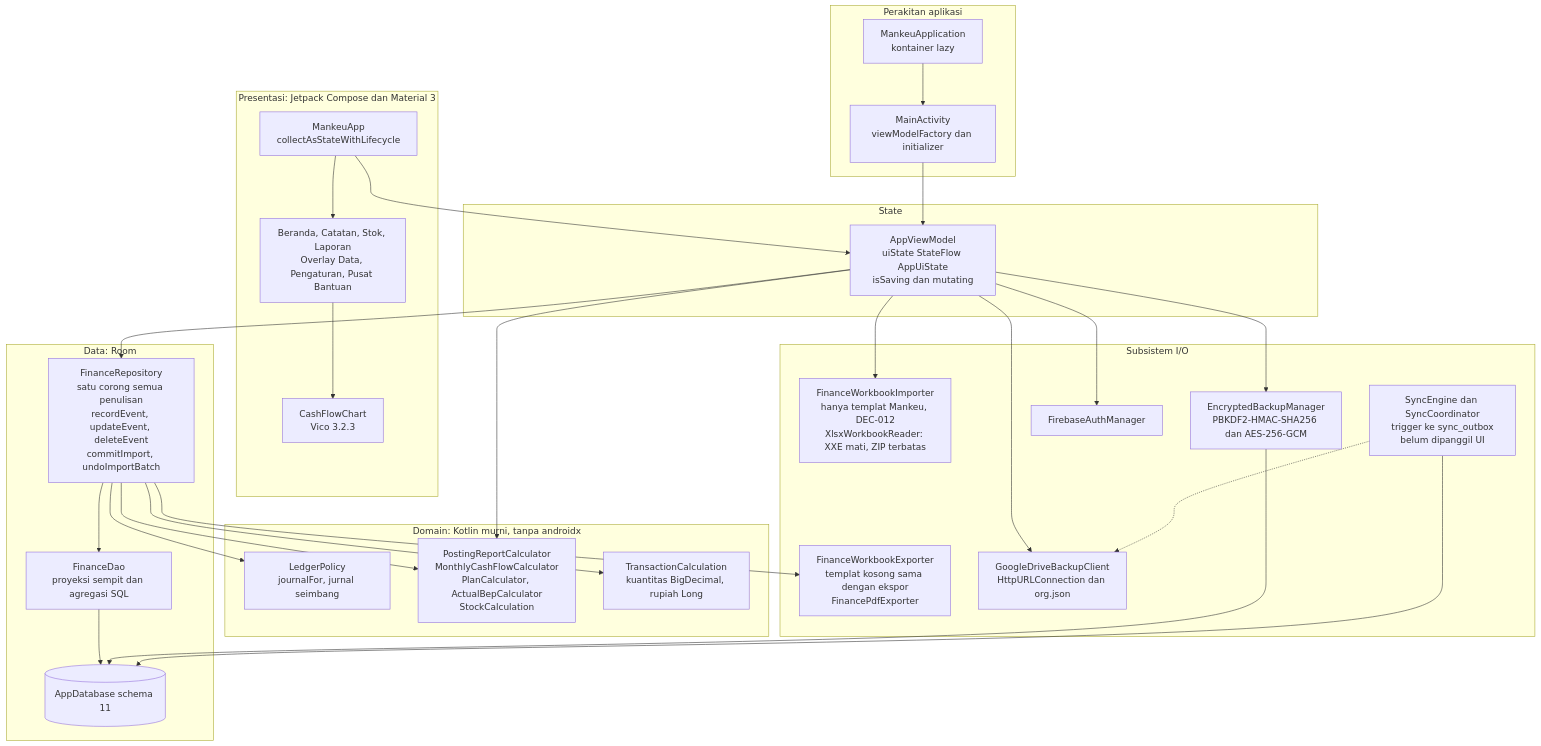
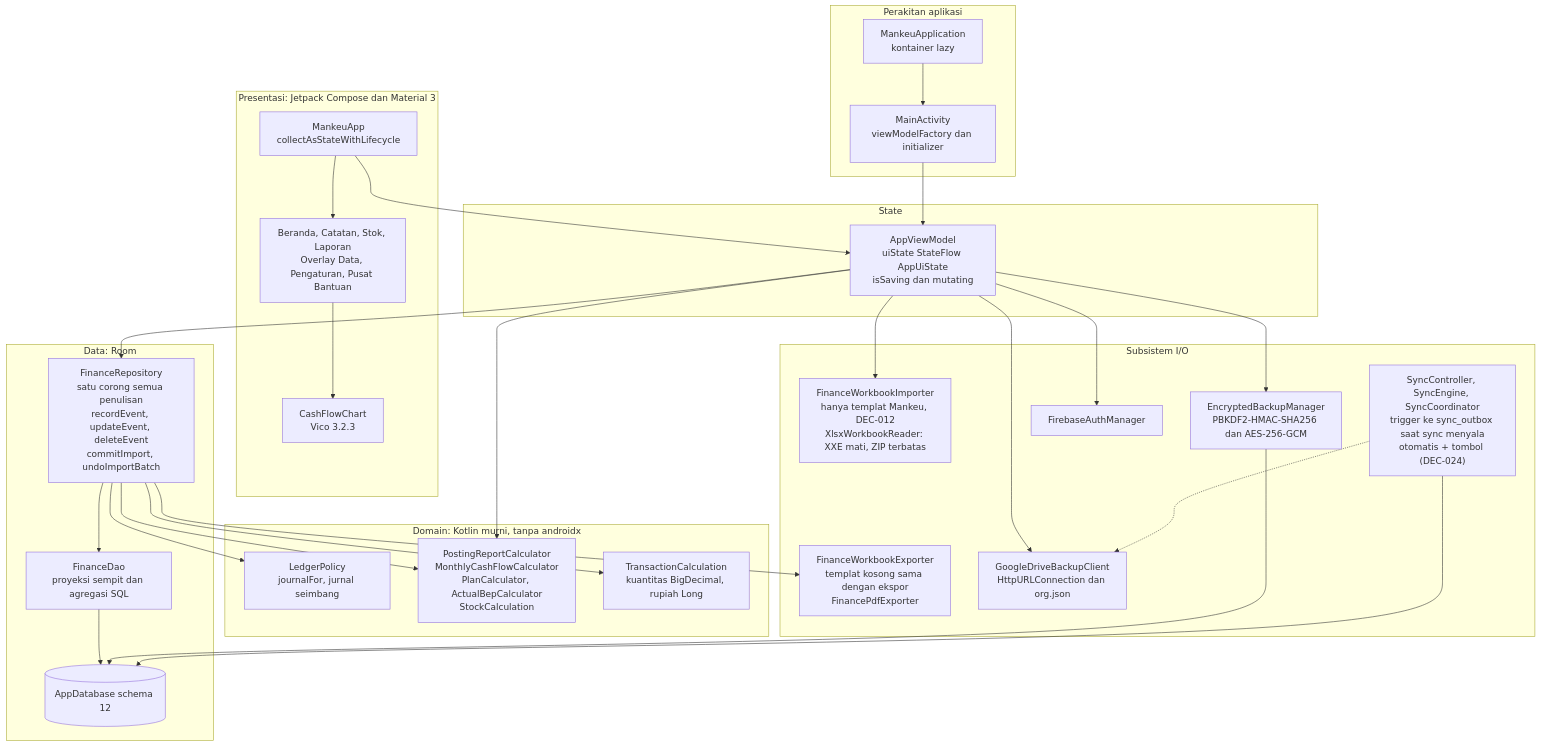
One commit to adsurkasur/Mankeu changed the first of 3 diagrams in docs/diagrams/02_architecture_diagram.md. Above: the diagram before and after it, drawn with Mermaid. The commit also changed other lines of this file and 94 other files, not shown here.

First line of the commit message:
feat(mankeu): sync between phones as a release feature (DEC-024, schema 12)

````diff
--- a/docs/diagrams/02_architecture_diagram.md
+++ b/docs/diagrams/02_architecture_diagram.md
@@ -9,59 +9,59 @@
 ```mermaid
 flowchart TB
     subgraph wiring ["Perakitan aplikasi"]
         appContainer["MankeuApplication<br/>kontainer lazy"]
         mainActivity["MainActivity<br/>viewModelFactory dan initializer"]
     end
 
     subgraph presentation ["Presentasi: Jetpack Compose dan Material 3"]
         shell["MankeuApp<br/>collectAsStateWithLifecycle"]
         screens["Beranda, Catatan, Stok, Laporan<br/>Overlay Data, Pengaturan, Pusat Bantuan"]
         vicoChart["CashFlowChart<br/>Vico 3.2.3"]
     end
 
     subgraph stateLayer ["State"]
         viewModel["AppViewModel<br/>uiState StateFlow AppUiState<br/>isSaving dan mutating"]
     end
 
     subgraph domainLayer ["Domain: Kotlin murni, tanpa androidx"]
         ledgerPolicy["LedgerPolicy<br/>journalFor, jurnal seimbang"]
         calculators["PostingReportCalculator<br/>MonthlyCashFlowCalculator<br/>PlanCalculator, ActualBepCalculator<br/>StockCalculation"]
         txCalc["TransactionCalculation<br/>kuantitas BigDecimal, rupiah Long"]
     end
 
     subgraph dataLayer ["Data: Room"]
         repository["FinanceRepository<br/>satu corong semua penulisan<br/>recordEvent, updateEvent, deleteEvent<br/>commitImport, undoImportBatch"]
         dao["FinanceDao<br/>proyeksi sempit dan agregasi SQL"]
-        database[("AppDatabase schema 11")]
+        database[("AppDatabase schema 12")]
     end
 
     subgraph ioLayer ["Subsistem I/O"]
         importer["FinanceWorkbookImporter<br/>hanya templat Mankeu, DEC-012<br/>XlsxWorkbookReader: XXE mati, ZIP terbatas"]
         exporters["FinanceWorkbookExporter<br/>templat kosong sama dengan ekspor<br/>FinancePdfExporter"]
         backupManager["EncryptedBackupManager<br/>PBKDF2-HMAC-SHA256 dan AES-256-GCM"]
         driveClient["GoogleDriveBackupClient<br/>HttpURLConnection dan org.json"]
         authManager["FirebaseAuthManager"]
-        syncFramework["SyncEngine dan SyncCoordinator<br/>trigger ke sync_outbox<br/>belum dipanggil UI"]
+        syncFramework["SyncController, SyncEngine, SyncCoordinator<br/>trigger ke sync_outbox saat sync menyala<br/>otomatis + tombol (DEC-024)"]
     end
 
     appContainer --> mainActivity
     mainActivity --> viewModel
     shell --> screens
     screens --> vicoChart
     shell --> viewModel
     viewModel --> repository
     viewModel --> importer
     viewModel --> backupManager
     viewModel --> driveClient
     viewModel --> authManager
     viewModel --> calculators
     repository --> ledgerPolicy
     repository --> calculators
     repository --> txCalc
     repository --> exporters
     repository --> dao
     dao --> database
     backupManager --> database
     syncFramework --> database
     syncFramework -.-> driveClient
 ```
````
